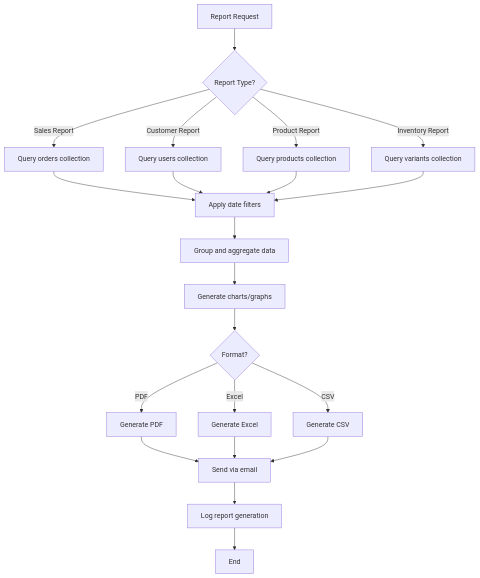
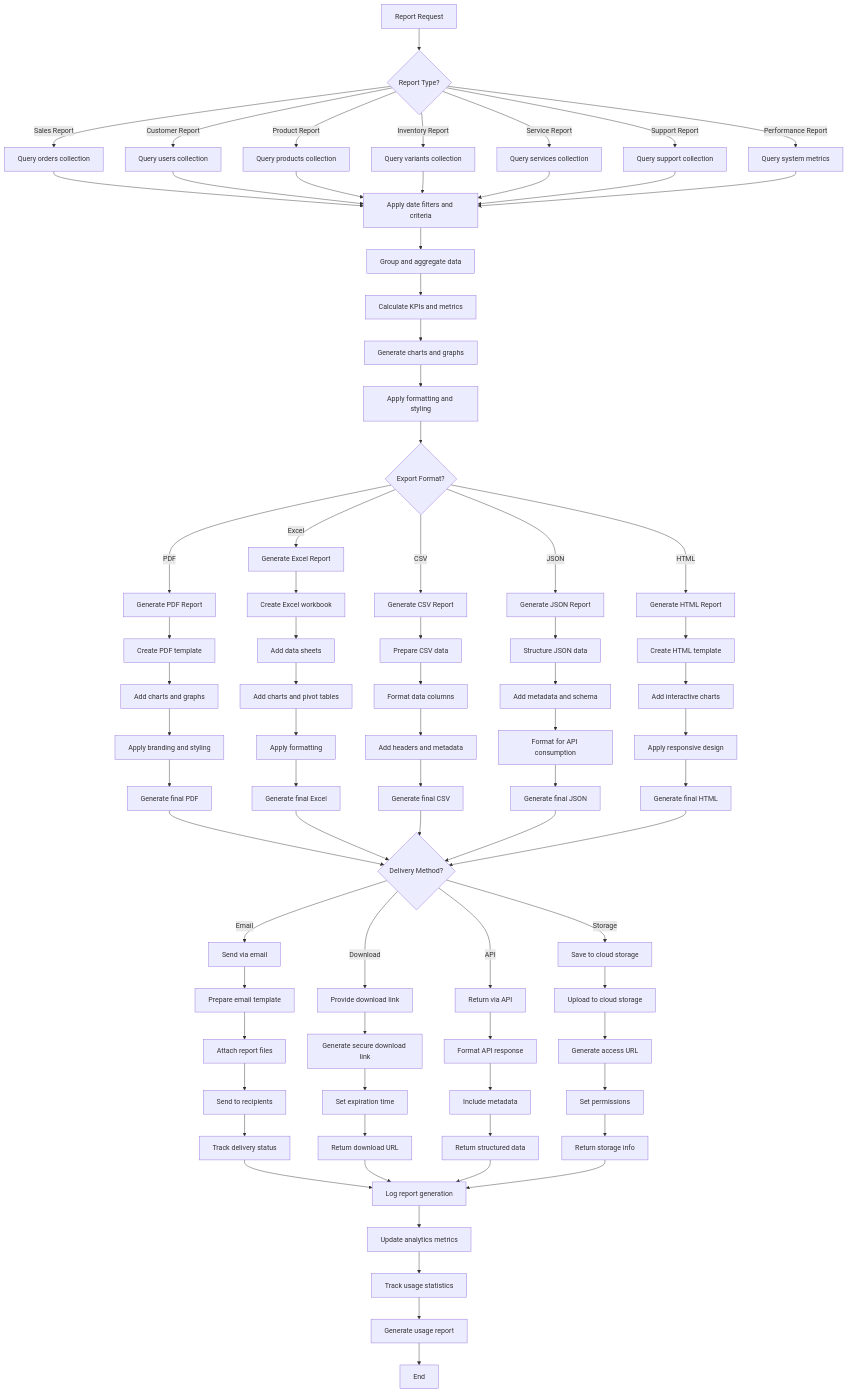
One commit to mpro775/tagdod-project changed the diagram in docs/requirements/flows/reports/report-generation.mmd. Above: the diagram before and after it, drawn with Mermaid. The commit also changed 254 other files, not shown here.

```diff
--- a/docs/requirements/flows/reports/report-generation.mmd
+++ b/docs/requirements/flows/reports/report-generation.mmd
@@ -1,26 +1,110 @@
-%% Report Generation Flow
+%% Advanced Report Generation Flow with Multiple Formats and Scheduling
 %% View at https://mermaid.live
 flowchart TD
   A[Report Request] --> B{Report Type?}
   B -->|Sales Report| C[Query orders collection]
   B -->|Customer Report| D[Query users collection]
   B -->|Product Report| E[Query products collection]
   B -->|Inventory Report| F[Query variants collection]
+  B -->|Service Report| G[Query services collection]
+  B -->|Support Report| H[Query support collection]
+  B -->|Performance Report| I[Query system metrics]
   
-  C --> G[Apply date filters]
-  D --> G
-  E --> G
-  F --> G
+  %% Data Collection
+  C --> J[Apply date filters and criteria]
+  D --> J
+  E --> J
+  F --> J
+  G --> J
+  H --> J
+  I --> J
   
-  G --> H[Group and aggregate data]
-  H --> I[Generate charts/graphs]
-  I --> J{Format?}
-  J -->|PDF| K[Generate PDF]
-  J -->|Excel| L[Generate Excel]
-  J -->|CSV| M[Generate CSV]
+  %% Data Processing
+  J --> K[Group and aggregate data]
+  K --> L[Calculate KPIs and metrics]
+  L --> M[Generate charts and graphs]
+  M --> N[Apply formatting and styling]
   
-  K --> N[Send via email]
-  L --> N
-  M --> N
-  N --> O[Log report generation]
-  O --> Z[End]
+  %% Format Selection
+  N --> O{Export Format?}
+  O -->|PDF| P[Generate PDF Report]
+  O -->|Excel| Q[Generate Excel Report]
+  O -->|CSV| R[Generate CSV Report]
+  O -->|JSON| S[Generate JSON Report]
+  O -->|HTML| T[Generate HTML Report]
+  
+  %% PDF Generation
+  P --> P1[Create PDF template]
+  P1 --> P2[Add charts and graphs]
+  P2 --> P3[Apply branding and styling]
+  P3 --> P4[Generate final PDF]
+  
+  %% Excel Generation
+  Q --> Q1[Create Excel workbook]
+  Q1 --> Q2[Add data sheets]
+  Q2 --> Q3[Add charts and pivot tables]
+  Q3 --> Q4[Apply formatting]
+  Q4 --> Q5[Generate final Excel]
+  
+  %% CSV Generation
+  R --> R1[Prepare CSV data]
+  R1 --> R2[Format data columns]
+  R2 --> R3[Add headers and metadata]
+  R3 --> R4[Generate final CSV]
+  
+  %% JSON Generation
+  S --> S1[Structure JSON data]
+  S1 --> S2[Add metadata and schema]
+  S2 --> S3[Format for API consumption]
+  S3 --> S4[Generate final JSON]
+  
+  %% HTML Generation
+  T --> T1[Create HTML template]
+  T1 --> T2[Add interactive charts]
+  T2 --> T3[Apply responsive design]
+  T3 --> T4[Generate final HTML]
+  
+  %% Delivery Options
+  P4 --> U{Delivery Method?}
+  Q5 --> U
+  R4 --> U
+  S4 --> U
+  T4 --> U
+  
+  U -->|Email| V[Send via email]
+  U -->|Download| W[Provide download link]
+  U -->|API| X[Return via API]
+  U -->|Storage| Y[Save to cloud storage]
+  
+  %% Email Delivery
+  V --> V1[Prepare email template]
+  V1 --> V2[Attach report files]
+  V2 --> V3[Send to recipients]
+  V3 --> V4[Track delivery status]
+  
+  %% Download Link
+  W --> W1[Generate secure download link]
+  W1 --> W2[Set expiration time]
+  W2 --> W3[Return download URL]
+  
+  %% API Response
+  X --> X1[Format API response]
+  X1 --> X2[Include metadata]
+  X2 --> X3[Return structured data]
+  
+  %% Cloud Storage
+  Y --> Y1[Upload to cloud storage]
+  Y1 --> Y2[Generate access URL]
+  Y2 --> Y3[Set permissions]
+  Y3 --> Y4[Return storage info]
+  
+  %% Logging and Analytics
+  V4 --> Z1[Log report generation]
+  W3 --> Z1
+  X3 --> Z1
+  Y4 --> Z1
+  
+  Z1 --> Z2[Update analytics metrics]
+  Z2 --> Z3[Track usage statistics]
+  Z3 --> Z4[Generate usage report]
+  Z4 --> Z[End]
```
